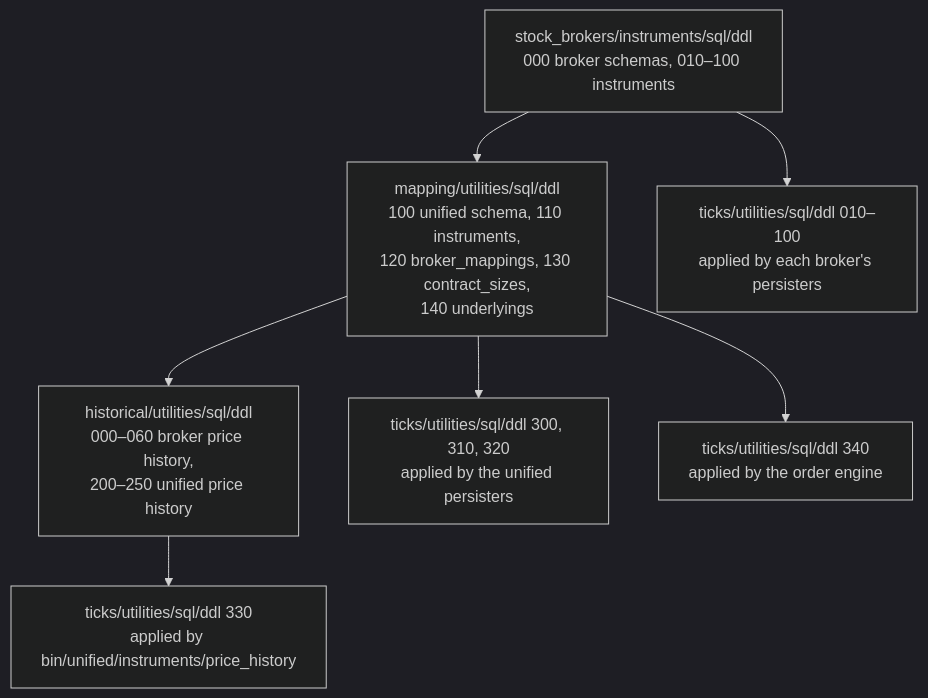
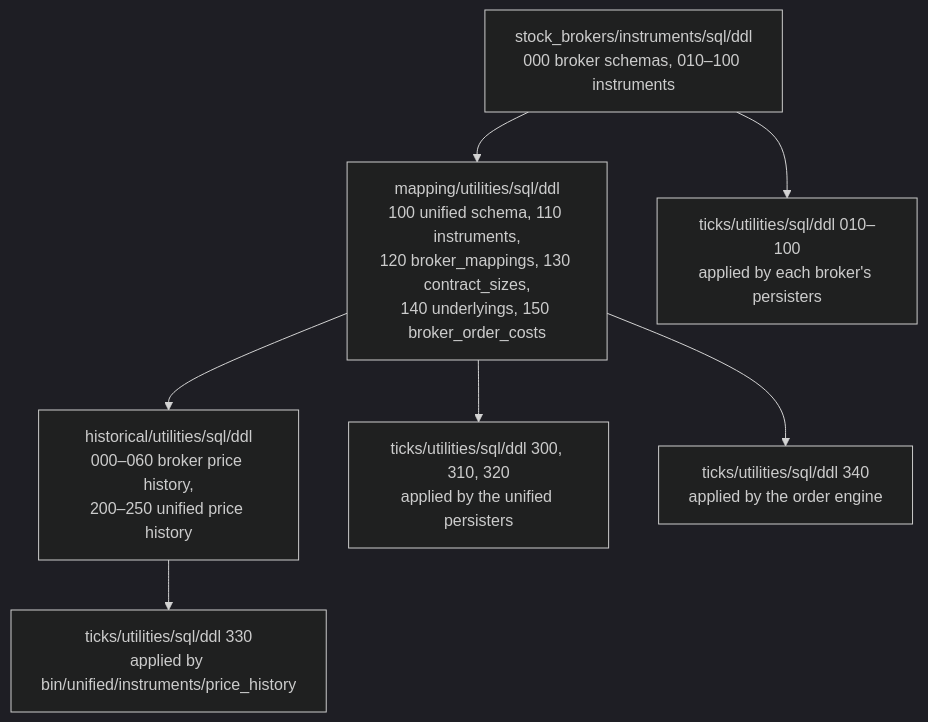
One commit to pramodathani/unified_broker_interface changed the third of 3 diagrams in docs/architecture/database.md. Above: the diagram before and after it, drawn with Mermaid (dark theme). The commit also changed other lines of this file and 28 other files, not shown here.

````diff
--- a/docs/architecture/database.md
+++ b/docs/architecture/database.md
@@ -281,9 +282,9 @@
 ```mermaid
 flowchart TD
-    A["stock_brokers/instruments/sql/ddl<br/>000 broker schemas, 010–100 instruments"] --> B["mapping/utilities/sql/ddl<br/>100 unified schema, 110 instruments,<br/>120 broker_mappings, 130 contract_sizes,<br/>140 underlyings"]
+    A["stock_brokers/instruments/sql/ddl<br/>000 broker schemas, 010–100 instruments"] --> B["mapping/utilities/sql/ddl<br/>100 unified schema, 110 instruments,<br/>120 broker_mappings, 130 contract_sizes,<br/>140 underlyings, 150 broker_order_costs"]
     B --> C["historical/utilities/sql/ddl<br/>000–060 broker price history,<br/>200–250 unified price history"]
     A --> D["ticks/utilities/sql/ddl 010–100<br/>applied by each broker's persisters"]
     B --> E["ticks/utilities/sql/ddl 300, 310, 320<br/>applied by the unified persisters"]
     C --> F["ticks/utilities/sql/ddl 330<br/>applied by bin/unified/instruments/price_history"]
     B --> G["ticks/utilities/sql/ddl 340<br/>applied by the order engine"]
 ```
````
